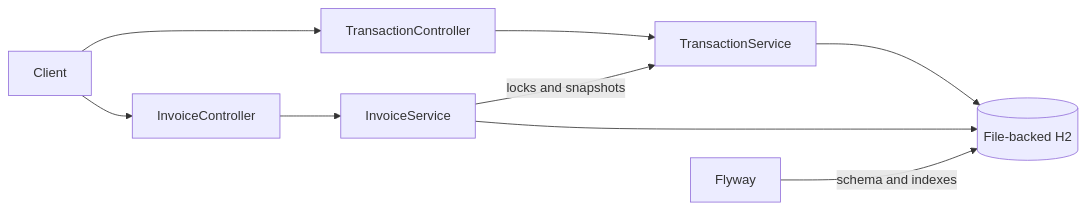
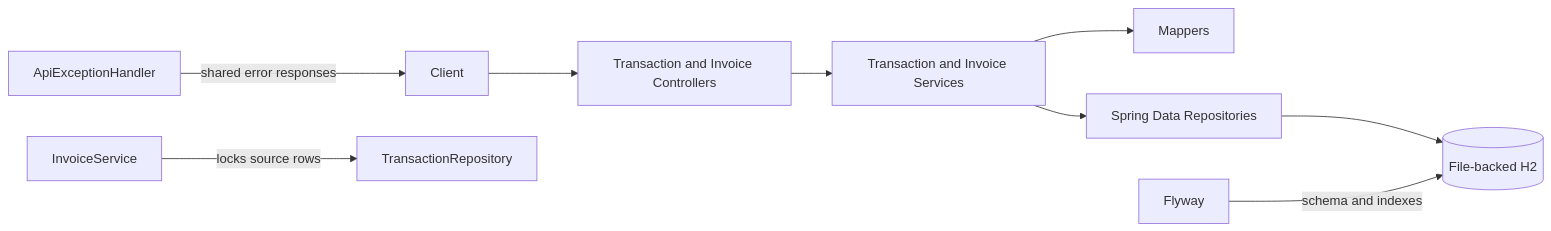
The diagram in ARCHITECTURE.md (argenisleond/navan-commerce-transactions), drawn with Mermaid before and after one commit. The commit also changed other lines of this file and 1 other file, not shown here.

Commit message:
docs: document API usage and architecture

````diff
--- a/ARCHITECTURE.md
+++ b/ARCHITECTURE.md
@@ -10,7 +11,11 @@
 ```mermaid
 flowchart LR
-    Client --> TransactionController --> TransactionService --> H2[(File-backed H2)]
-    Client --> InvoiceController --> InvoiceService --> H2
-    InvoiceService -->|locks and snapshots| TransactionService
+    Client --> Controllers[Transaction and Invoice Controllers]
+    Controllers --> Services[Transaction and Invoice Services]
+    Services --> Mappers
+    Services --> Repositories[Spring Data Repositories]
+    InvoiceService -->|locks source rows| TransactionRepository
+    Repositories --> H2[(File-backed H2)]
+    ApiExceptionHandler -->|shared error responses| Client
     Flyway -->|schema and indexes| H2
 ```
````
